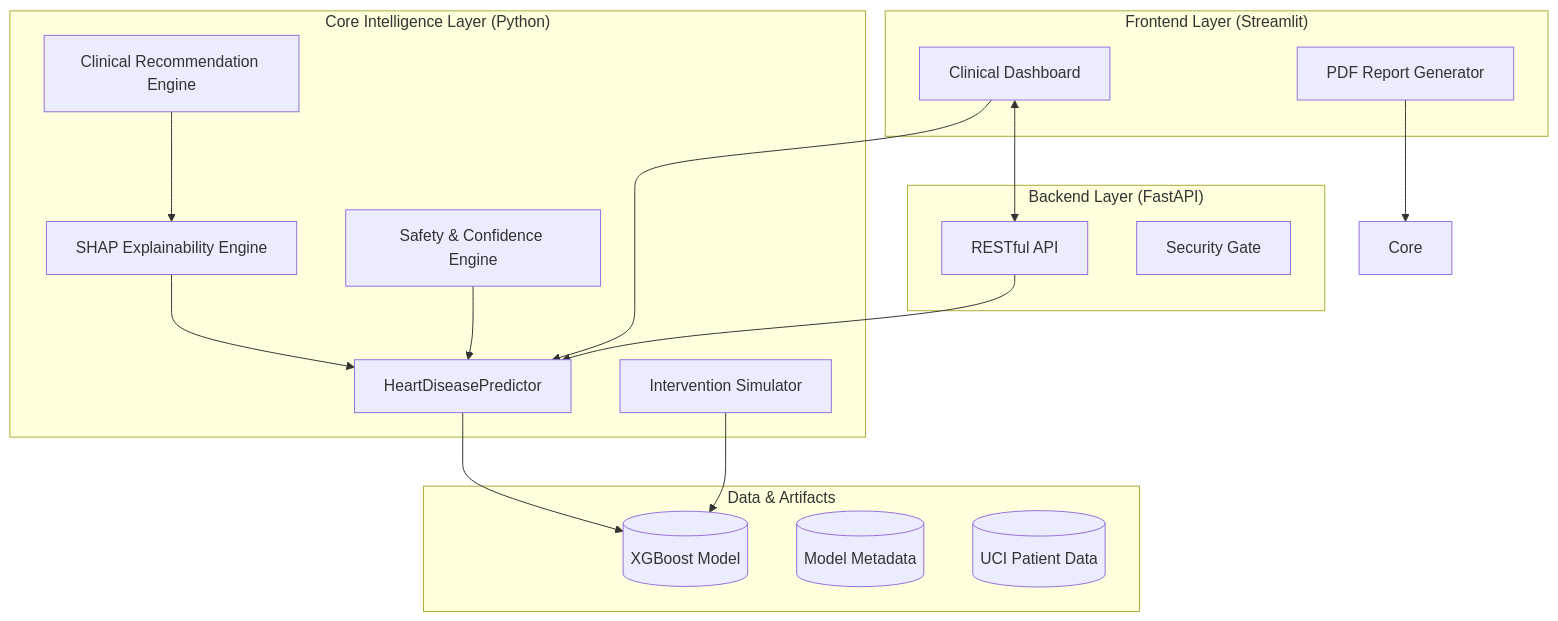
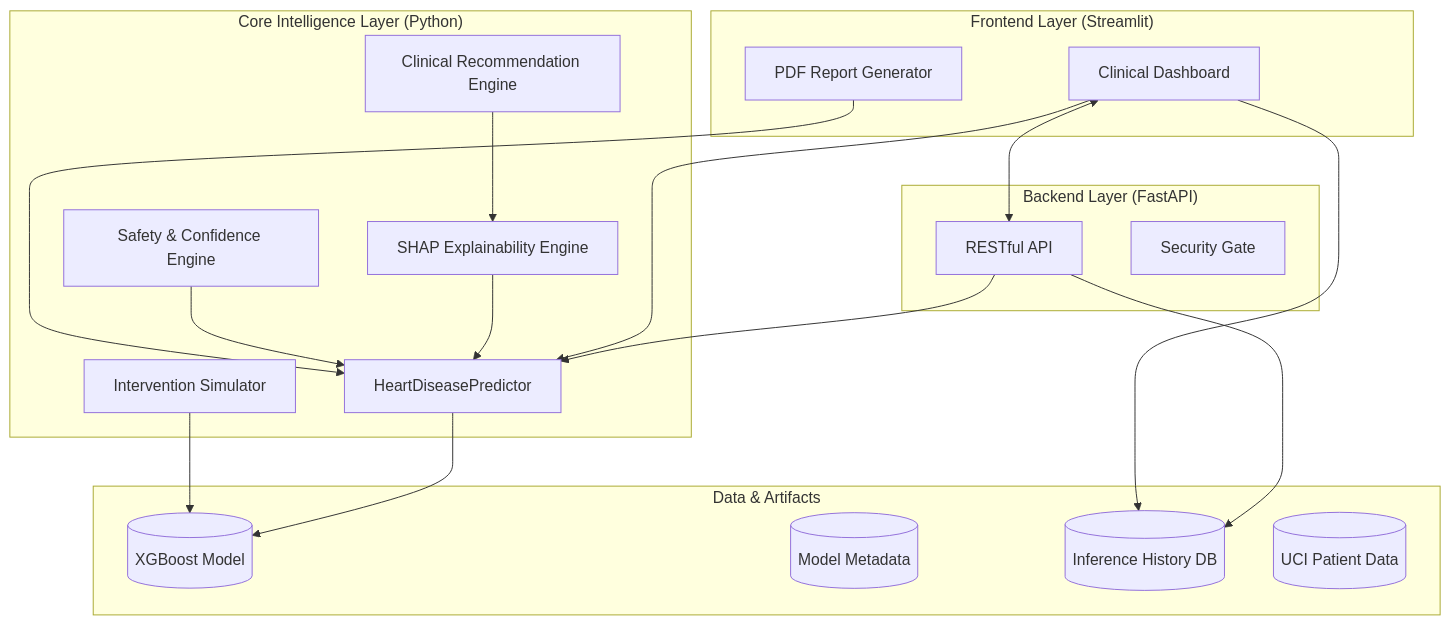
The first of 3 diagrams in docs/ARCHITECTURE.md (Khanz9664/CardioSense-AI), drawn with Mermaid before and after one commit. The commit also changed other lines of this file and 27 other files, not shown here.

````diff
--- a/docs/ARCHITECTURE.md
+++ b/docs/ARCHITECTURE.md
@@ -11,36 +11,39 @@
 ```mermaid
 graph TB
     subgraph "Frontend Layer (Streamlit)"
         UI[Clinical Dashboard]
         Report[PDF Report Generator]
     end
 
     subgraph "Backend Layer (FastAPI)"
         API[RESTful API]
         Auth[Security Gate]
     end
 
     subgraph "Core Intelligence Layer (Python)"
         Predictor[HeartDiseasePredictor]
         Explainer[SHAP Explainability Engine]
         Safety[Safety & Confidence Engine]
         Simulator[Intervention Simulator]
         Recommender[Clinical Recommendation Engine]
     end
 
     subgraph "Data & Artifacts"
         Model[(XGBoost Model)]
         Meta[(Model Metadata)]
+        Hist[(Inference History DB)]
         Data[(UCI Patient Data)]
     end
 
     UI <--> API
     API --> Predictor
     UI --> Predictor
     Predictor --> Model
     Explainer --> Predictor
     Safety --> Predictor
     Simulator --> Model
     Recommender --> Explainer
-    Report --> Core
+    Report --> Predictor
+    API --> Hist
+    UI --> Hist
 ```
````
